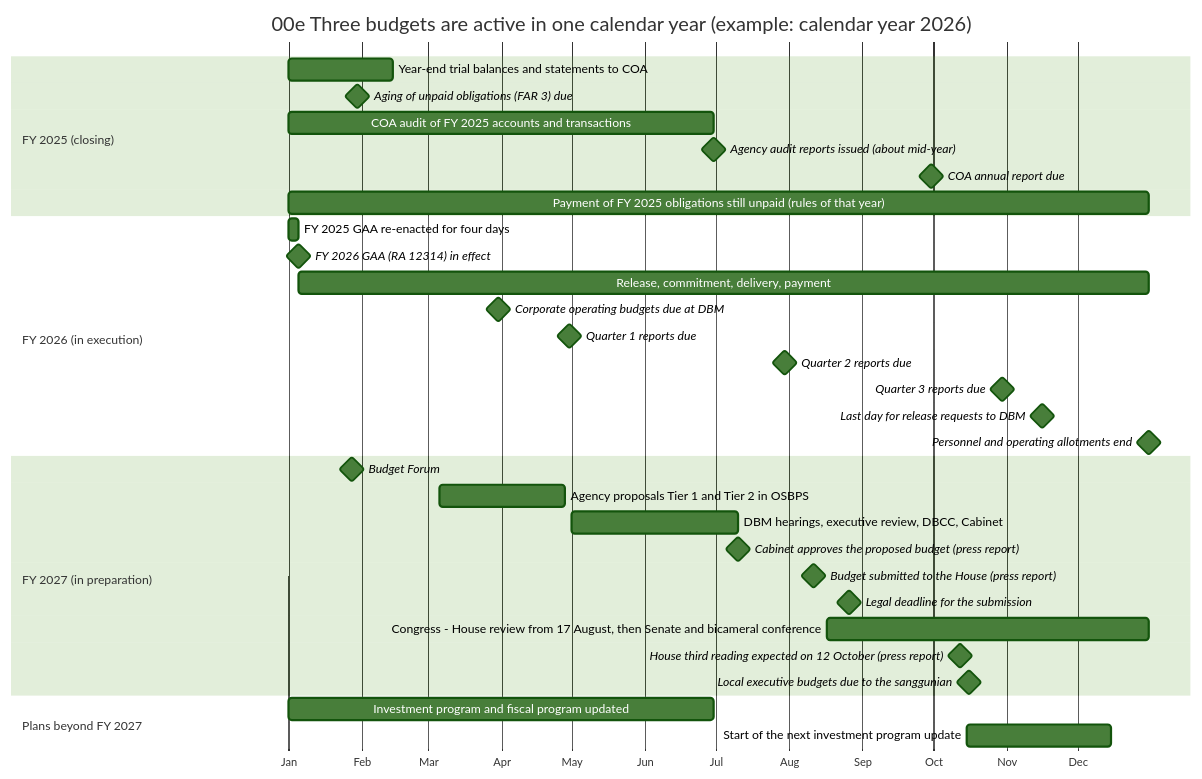
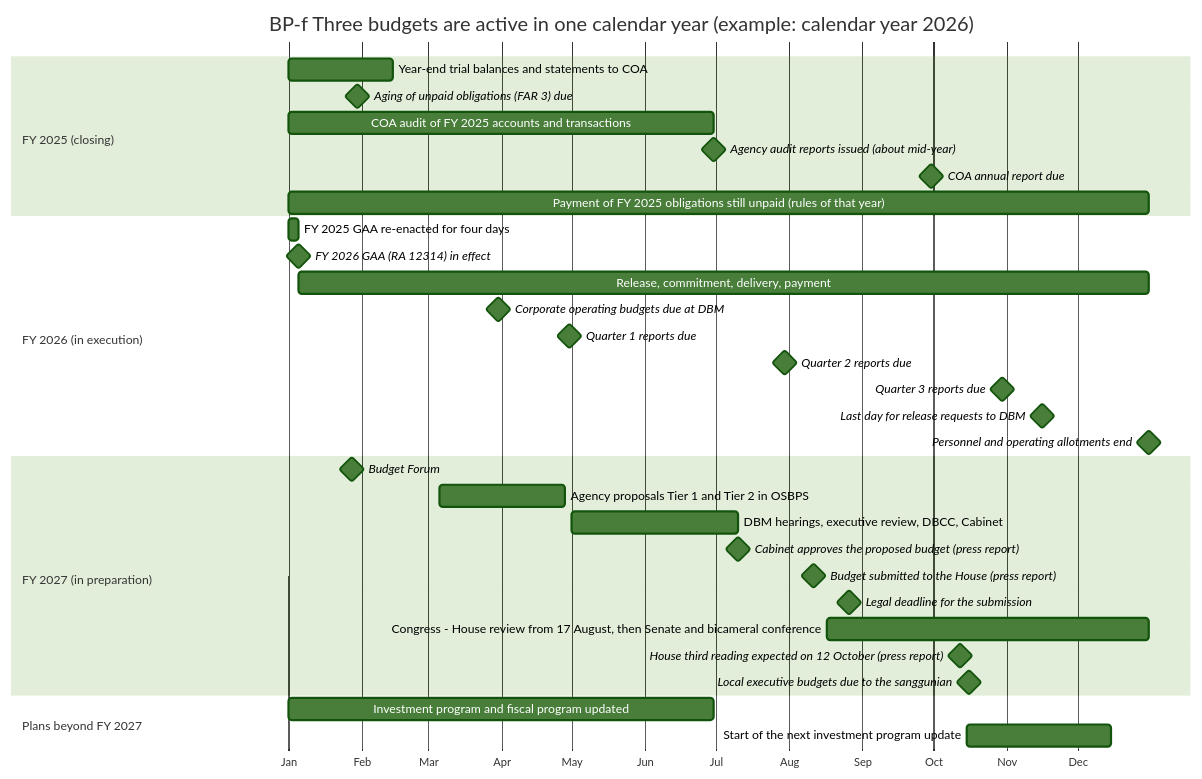
The sixth of 8 diagrams in docs/atlas/00_BIG_PICTURE.md (miraflor/philippine-pfm-atlas), drawn with Mermaid (forest theme) before and after one commit. The commit also changed other lines of this file and 1266 other files, not shown here.

````diff
--- a/docs/atlas/00_BIG_PICTURE.md
+++ b/docs/atlas/00_BIG_PICTURE.md
@@ -867,47 +867,47 @@
 ```mermaid
 ---
-title: "00e  Three budgets are active in one calendar year (example: calendar year 2026)"
+title: "BP-f  Three budgets are active in one calendar year (example: calendar year 2026)"
 config:
   gantt:
     leftPadding: 250
 ---
 gantt
   dateFormat YYYY-MM-DD
   axisFormat %b
   tickInterval 1month
   todayMarker off
 
   section FY 2025 (closing)
     Year-end trial balances and statements to COA      :a1, 2026-01-01, 2026-02-14
     Aging of unpaid obligations (FAR 3) due            :milestone, a0, 2026-01-30, 0d
     COA audit of FY 2025 accounts and transactions     :a2, 2026-01-01, 2026-06-30
     Agency audit reports issued (about mid-year)       :milestone, a3, 2026-06-30, 0d
     COA annual report due                              :milestone, a4, 2026-09-30, 0d
     Payment of FY 2025 obligations still unpaid (rules of that year) :a5, 2026-01-01, 2026-12-31
 
   section FY 2026 (in execution)
     FY 2025 GAA re-enacted for four days               :b0, 2026-01-01, 2026-01-05
     FY 2026 GAA (RA 12314) in effect                   :milestone, b1, 2026-01-05, 0d
     Release, commitment, delivery, payment             :b2, 2026-01-05, 2026-12-31
     Corporate operating budgets due at DBM             :milestone, b6, 2026-03-31, 0d
     Quarter 1 reports due                              :milestone, b3, 2026-04-30, 0d
     Quarter 2 reports due                              :milestone, b4, 2026-07-30, 0d
     Quarter 3 reports due                              :milestone, b5, 2026-10-30, 0d
     Last day for release requests to DBM               :milestone, b7, 2026-11-16, 0d
     Personnel and operating allotments end             :milestone, b8, 2026-12-31, 0d
 
   section FY 2027 (in preparation)
     Budget Forum                                       :milestone, c0, 2026-01-28, 0d
     Agency proposals Tier 1 and Tier 2 in OSBPS        :c1, 2026-03-06, 2026-04-28
     DBM hearings, executive review, DBCC, Cabinet      :c2, 2026-05-01, 2026-07-10
     Cabinet approves the proposed budget (press report) :milestone, c6, 2026-07-10, 0d
     Budget submitted to the House (press report)       :milestone, c3, 2026-08-11, 0d
     Legal deadline for the submission                  :milestone, c7, 2026-08-26, 0d
     Congress - House review from 17 August, then Senate and bicameral conference :c4, 2026-08-17, 2026-12-31
     House third reading expected on 12 October (press report) :milestone, c8, 2026-10-12, 0d
     Local executive budgets due to the sanggunian      :milestone, c5, 2026-10-16, 0d
 
   section Plans beyond FY 2027
     Investment program and fiscal program updated      :d1, 2026-01-01, 2026-06-30
     Start of the next investment program update        :d2, 2026-10-15, 2026-12-15
 ```
````
